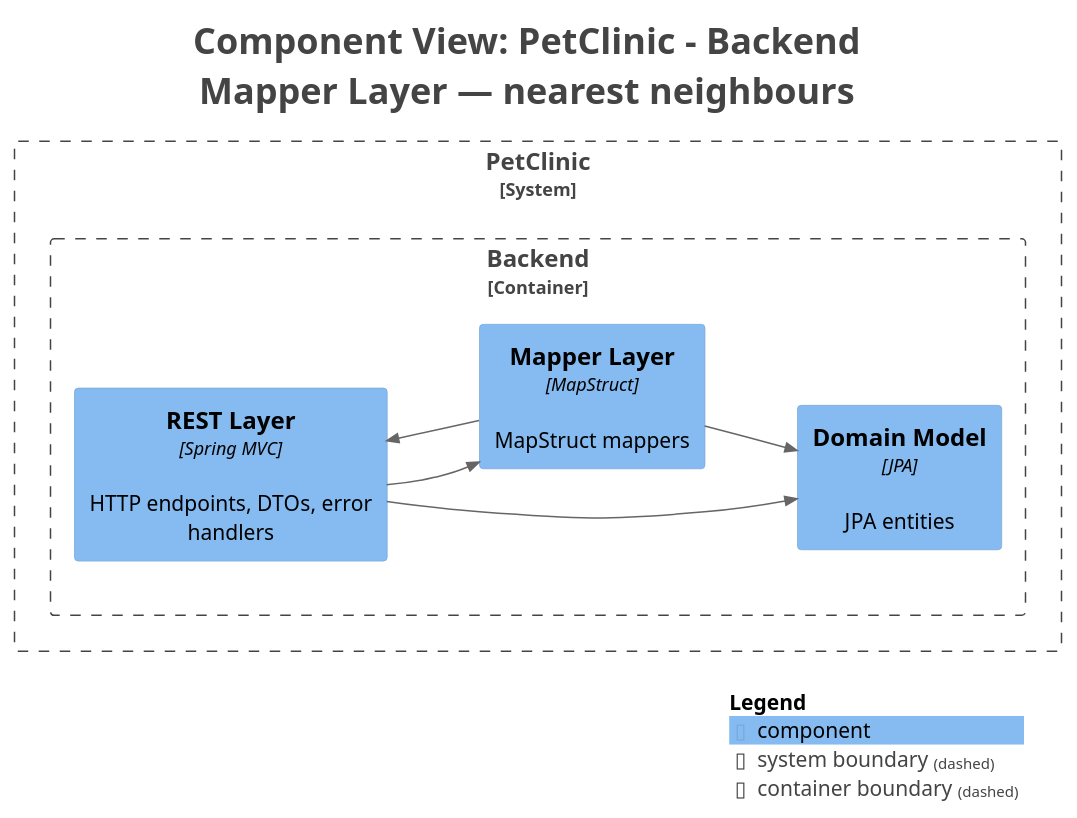
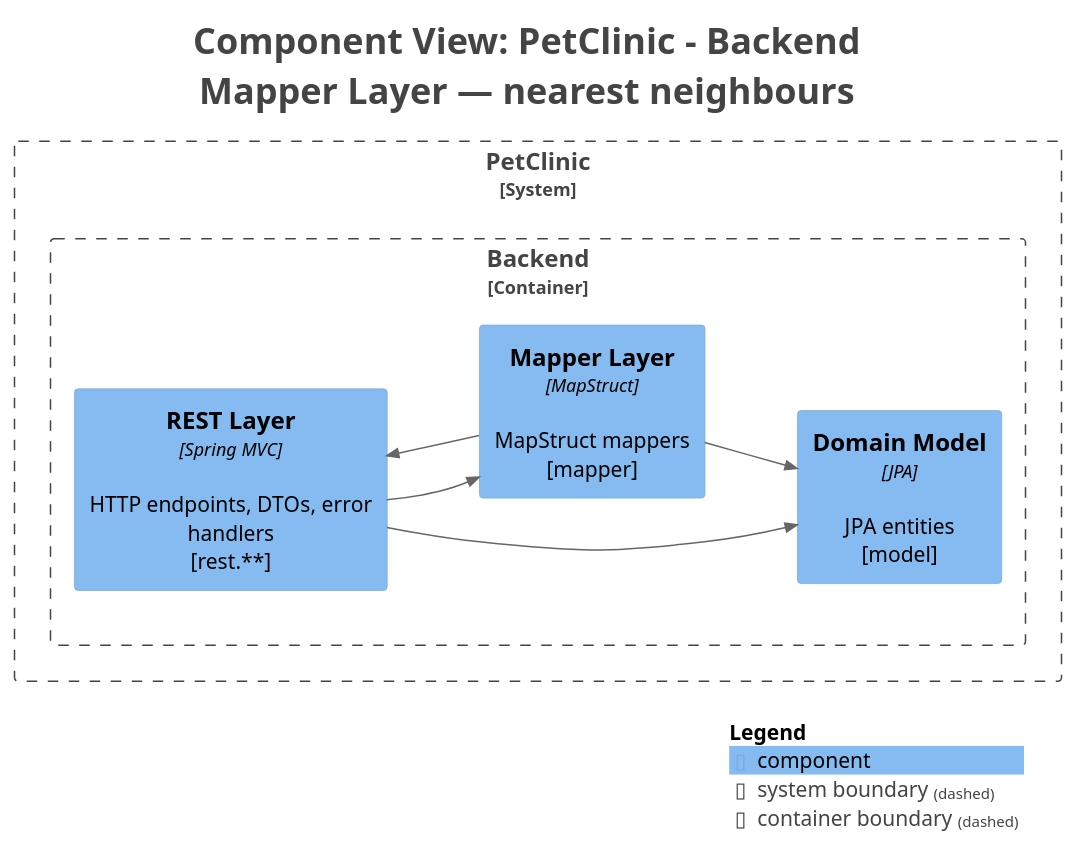
One commit to victorrentea/petclinic changed the diagram in petclinic-backend/docs/generated/c4views/C3-Mapper.puml. Above: the diagram before and after it, drawn with PlantUML. The commit also changed 5 other files, not shown here.

```diff
--- a/petclinic-backend/docs/generated/c4views/C3-Mapper.puml
+++ b/petclinic-backend/docs/generated/c4views/C3-Mapper.puml
@@ -1,34 +1,34 @@
 @startuml
 title <size:24>Component View: PetClinic - Backend</size>\n<size:24>Mapper Layer — nearest neighbours</size>
 
 set separator none
 left to right direction
 
 <style>
   root {
     BackgroundColor: #ffffff
     FontColor: #444444
   }
 </style>
 
 !include <C4/C4>
 !include <C4/C4_Context>
 !include <C4/C4_Component>
 
 System_Boundary("PetClinic_boundary", "PetClinic", $tags="") {
   Container_Boundary("PetClinic.Backend_boundary", "Backend", $tags="") {
-    Component(PetClinic.Backend.RESTLayer, "REST Layer", $techn="Spring MVC", $descr="HTTP endpoints, DTOs, error handlers", $tags="", $link="")
-    Component(PetClinic.Backend.DomainModel, "Domain Model", $techn="JPA", $descr="JPA entities", $tags="", $link="")
-    Component(PetClinic.Backend.MapperLayer, "Mapper Layer", $techn="MapStruct", $descr="MapStruct mappers", $tags="", $link="")
+    Component(PetClinic.Backend.RESTLayer, "REST Layer", $techn="Spring MVC", $descr="HTTP endpoints, DTOs, error handlers\n[rest.**]", $tags="", $link="")
+    Component(PetClinic.Backend.DomainModel, "Domain Model", $techn="JPA", $descr="JPA entities\n[model]", $tags="", $link="")
+    Component(PetClinic.Backend.MapperLayer, "Mapper Layer", $techn="MapStruct", $descr="MapStruct mappers\n[mapper]", $tags="", $link="")
   }
 
 }
 
 Rel(PetClinic.Backend.RESTLayer, PetClinic.Backend.MapperLayer, "", $techn="", $tags="", $link="")
 Rel(PetClinic.Backend.RESTLayer, PetClinic.Backend.DomainModel, "", $techn="", $tags="", $link="")
 Rel(PetClinic.Backend.MapperLayer, PetClinic.Backend.RESTLayer, "", $techn="", $tags="", $link="")
 Rel(PetClinic.Backend.MapperLayer, PetClinic.Backend.DomainModel, "", $techn="", $tags="", $link="")
 
 SHOW_LEGEND(true)
 hide stereotypes
 @enduml
```
